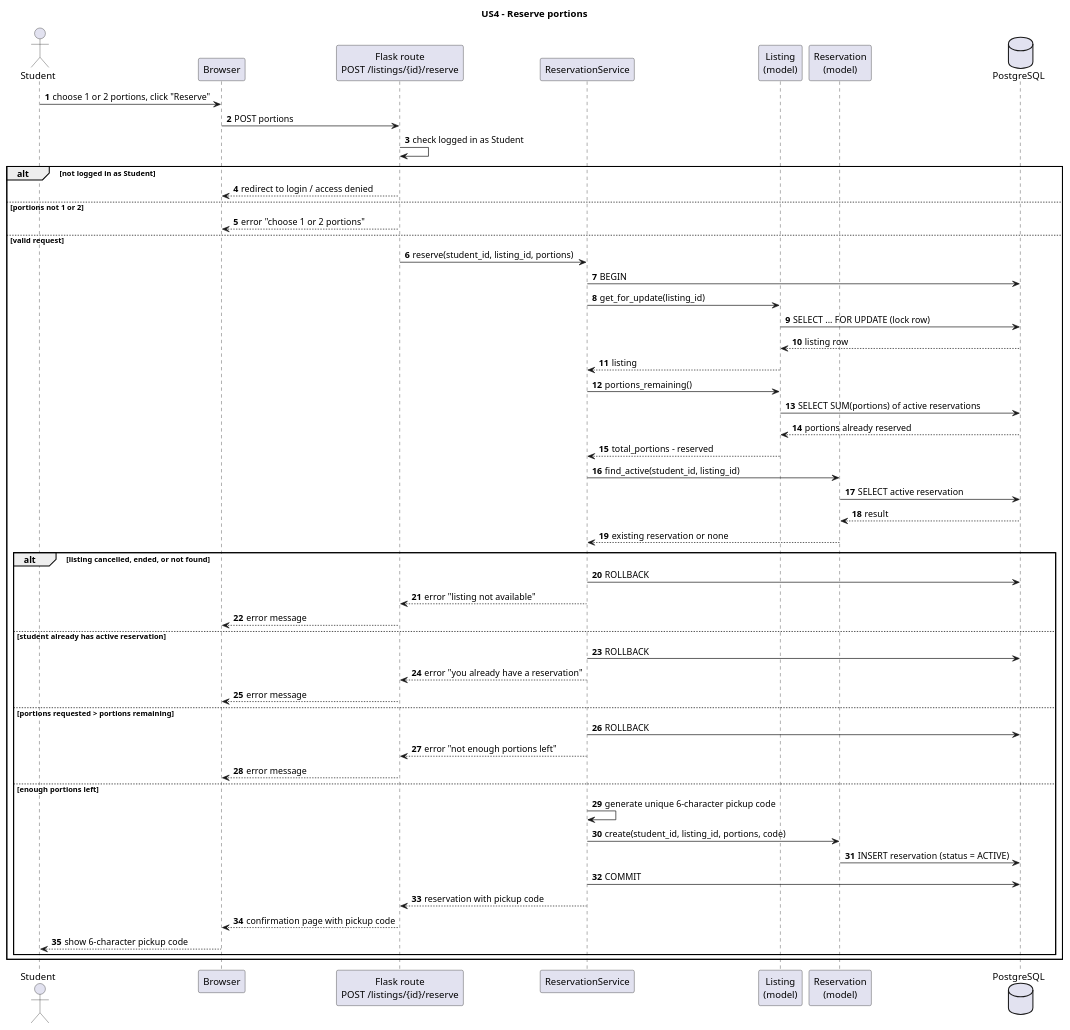
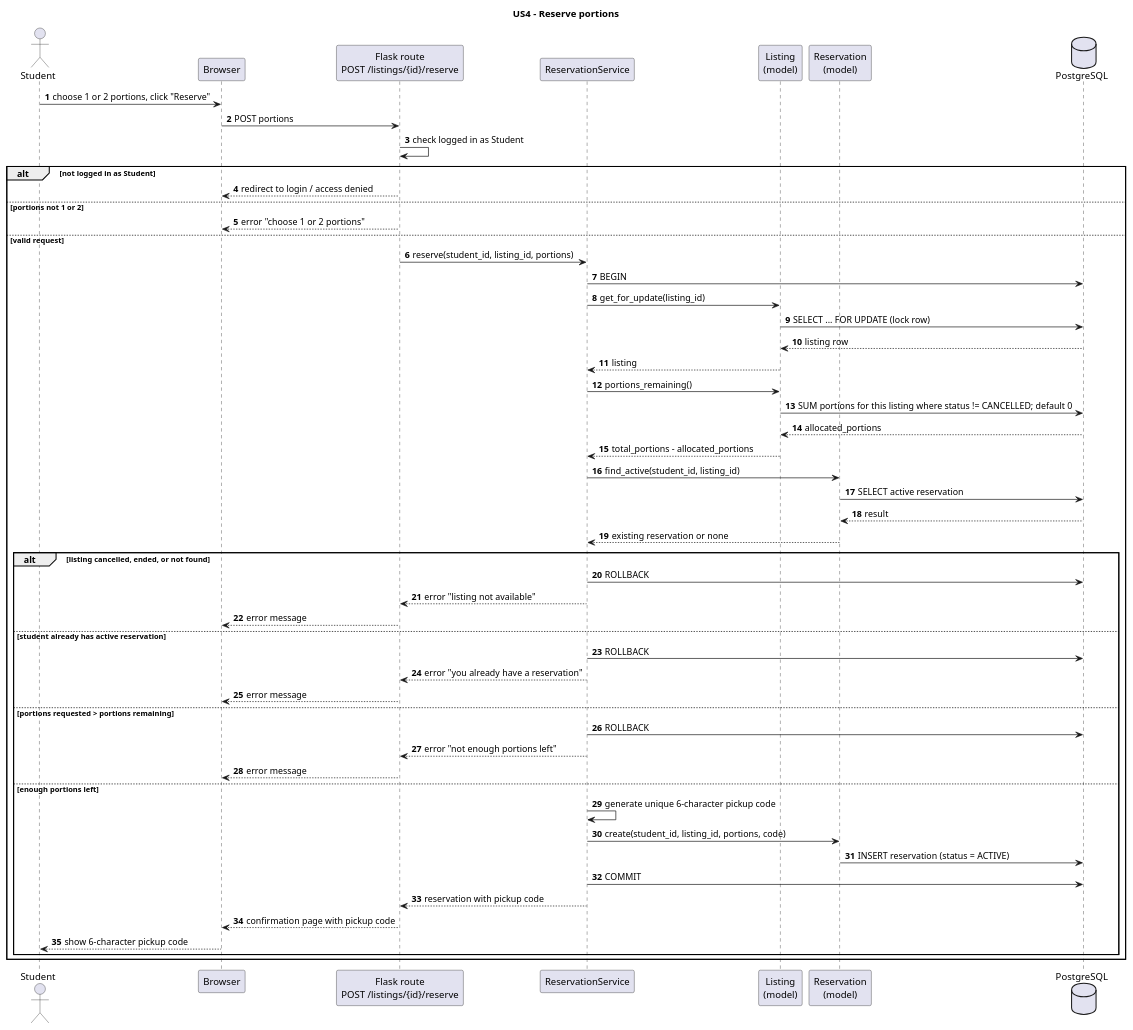
The diagram in uml/sequence-US4.wsd (Barlos1233/Project-2), drawn with PlantUML before and after one commit. The commit also changed 2 other files, not shown here.

Commit message:
Correct backlog totals and clarify UML portion rules

```diff
--- a/uml/sequence-US4.wsd
+++ b/uml/sequence-US4.wsd
@@ -1,59 +1,59 @@
 @startuml sequence-US4
 title US4 - Reserve portions
 autonumber
 
 actor Student
 participant "Browser" as Browser
 participant "Flask route\nPOST /listings/{id}/reserve" as Route
 participant "ReservationService" as Service
 participant "Listing\n(model)" as Listing
 participant "Reservation\n(model)" as Reservation
 database "PostgreSQL" as DB
 
 Student -> Browser : choose 1 or 2 portions, click "Reserve"
 Browser -> Route : POST portions
 Route -> Route : check logged in as Student
 
 alt not logged in as Student
     Route --> Browser : redirect to login / access denied
 else portions not 1 or 2
     Route --> Browser : error "choose 1 or 2 portions"
 else valid request
     Route -> Service : reserve(student_id, listing_id, portions)
     Service -> DB : BEGIN
     Service -> Listing : get_for_update(listing_id)
     Listing -> DB : SELECT ... FOR UPDATE (lock row)
     DB --> Listing : listing row
     Listing --> Service : listing
     Service -> Listing : portions_remaining()
-    Listing -> DB : SELECT SUM(portions) of active reservations
-    DB --> Listing : portions already reserved
-    Listing --> Service : total_portions - reserved
+    Listing -> DB : SUM portions for this listing where status != CANCELLED; default 0
+    DB --> Listing : allocated_portions
+    Listing --> Service : total_portions - allocated_portions
     Service -> Reservation : find_active(student_id, listing_id)
     Reservation -> DB : SELECT active reservation
     DB --> Reservation : result
     Reservation --> Service : existing reservation or none
 
     alt listing cancelled, ended, or not found
         Service -> DB : ROLLBACK
         Service --> Route : error "listing not available"
         Route --> Browser : error message
     else student already has active reservation
         Service -> DB : ROLLBACK
         Service --> Route : error "you already have a reservation"
         Route --> Browser : error message
     else portions requested > portions remaining
         Service -> DB : ROLLBACK
         Service --> Route : error "not enough portions left"
         Route --> Browser : error message
     else enough portions left
         Service -> Service : generate unique 6-character pickup code
         Service -> Reservation : create(student_id, listing_id, portions, code)
         Reservation -> DB : INSERT reservation (status = ACTIVE)
         Service -> DB : COMMIT
         Service --> Route : reservation with pickup code
         Route --> Browser : confirmation page with pickup code
         Browser --> Student : show 6-character pickup code
     end
 end
 @enduml
```
